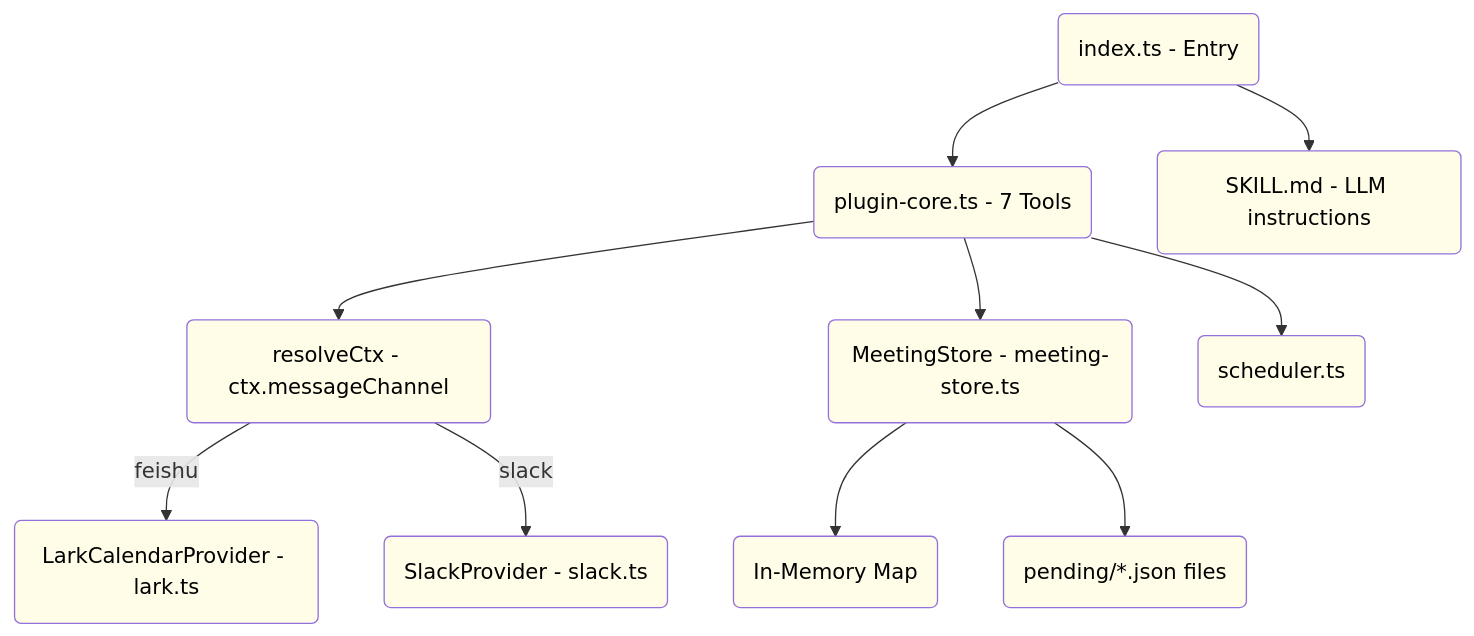
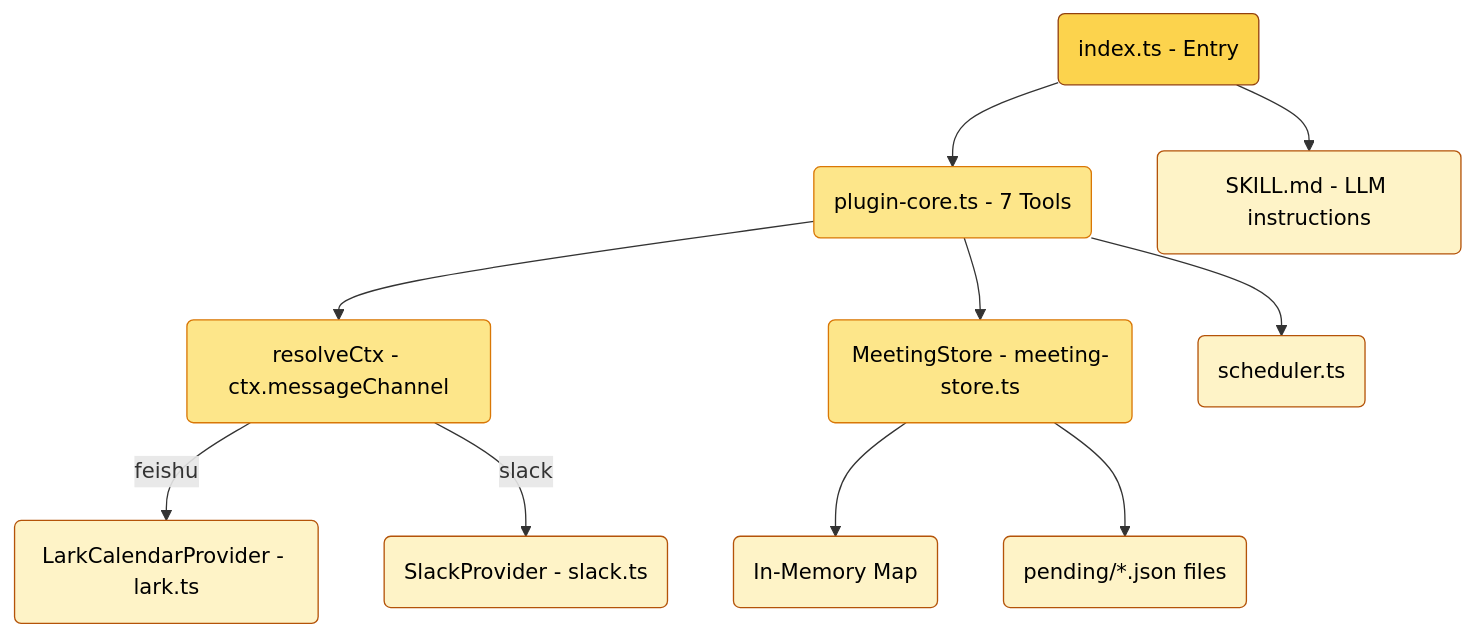
One commit to javana3/claw_meeting_all changed the seventh of 13 diagrams in README.md. Above: the diagram before and after it, drawn with Mermaid. The commit also changed other lines of this file, not shown here.

Commit message:
Add golden borders and hierarchy to mermaid diagrams

````diff
--- a/README.md
+++ b/README.md
@@ -273,23 +273,23 @@
 ```mermaid
 graph TD
     IDX(index.ts - Entry) --> CORE(plugin-core.ts - 7 Tools)
     CORE --> ROUTER(resolveCtx - ctx.messageChannel)
     ROUTER -->|feishu| LP(LarkCalendarProvider - lark.ts)
     ROUTER -->|slack| SP(SlackProvider - slack.ts)
     CORE --> STORE(MeetingStore - meeting-store.ts)
     STORE --> MEM(In-Memory Map)
     STORE --> DISK(pending/*.json files)
     CORE --> SCHED(scheduler.ts)
     IDX --> SKILL(SKILL.md - LLM instructions)
 
-    style ROUTER fill:#fffde7,color:#000
-    style STORE fill:#fffde7,color:#000
-    style DISK fill:#fffde7,color:#000
-    style LP fill:#fffde7,color:#000
-    style SP fill:#fffde7,color:#000
-    style IDX fill:#fffde7,color:#000
-    style CORE fill:#fffde7,color:#000
-    style MEM fill:#fffde7,color:#000
-    style SCHED fill:#fffde7,color:#000
-    style SKILL fill:#fffde7,color:#000
+    style ROUTER fill:#fde68a,stroke:#d97706,color:#000
+    style STORE fill:#fde68a,stroke:#d97706,color:#000
+    style DISK fill:#fef3c7,stroke:#b45309,color:#000
+    style LP fill:#fef3c7,stroke:#b45309,color:#000
+    style SP fill:#fef3c7,stroke:#b45309,color:#000
+    style IDX fill:#fcd34d,stroke:#92400e,color:#000
+    style CORE fill:#fde68a,stroke:#d97706,color:#000
+    style MEM fill:#fef3c7,stroke:#b45309,color:#000
+    style SCHED fill:#fef3c7,stroke:#b45309,color:#000
+    style SKILL fill:#fef3c7,stroke:#b45309,color:#000
 ```
````
